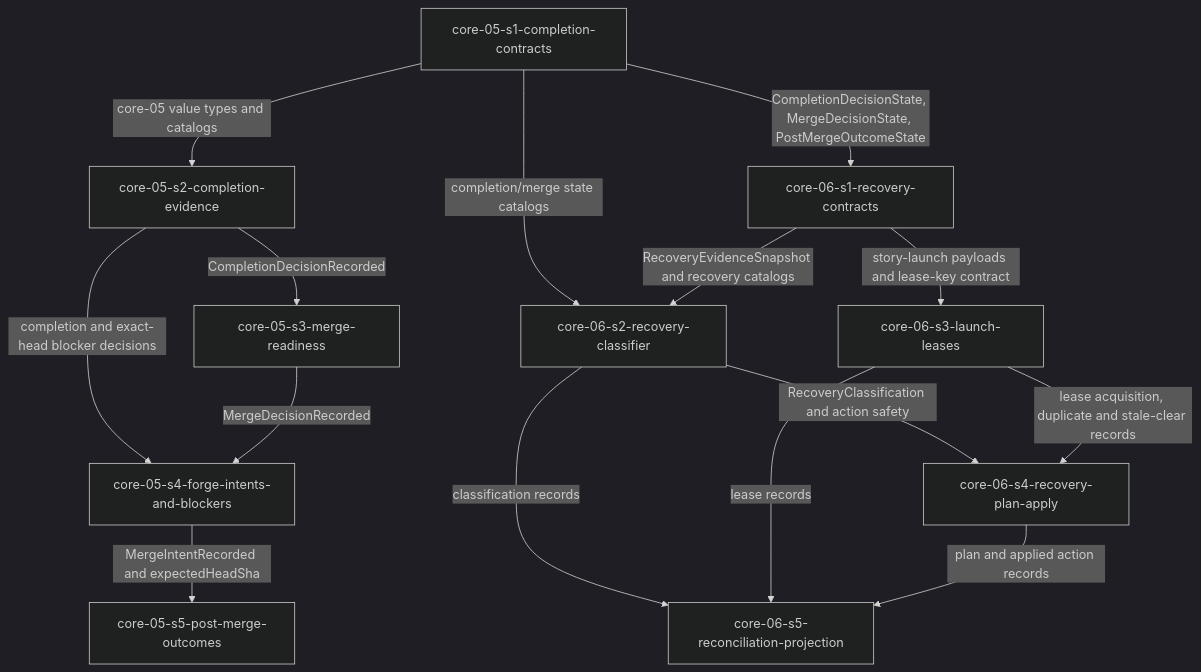
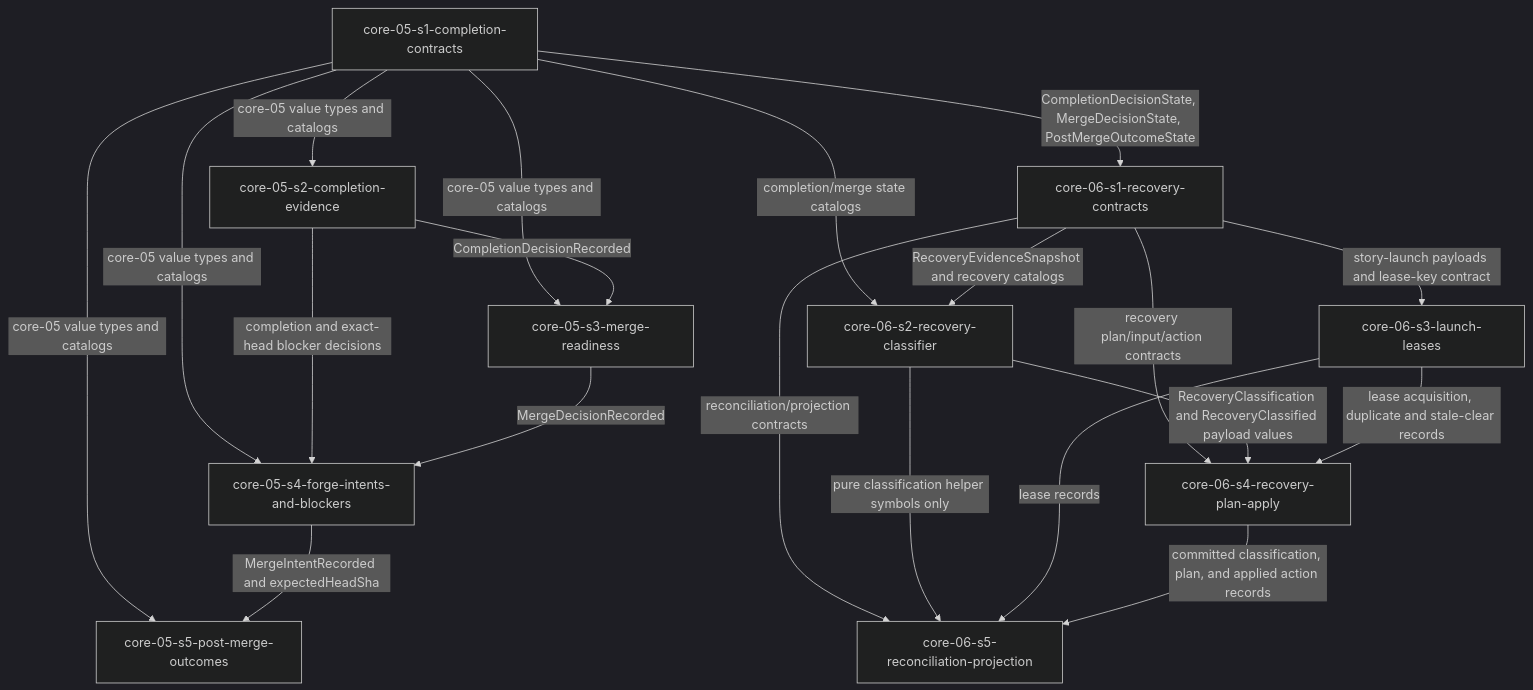
Before and after one commit to aryeko/agentic-workflow-kit: the diagram in docs/implementation/epics/epic-5-completion-verification-and-recovery/story-dag.md, drawn with Mermaid (dark theme). The commit also changed other lines of this file and 26 other files, not shown here.

````diff
--- a/docs/implementation/epics/epic-5-completion-verification-and-recovery/story-dag.md
+++ b/docs/implementation/epics/epic-5-completion-verification-and-recovery/story-dag.md
@@ -215,28 +294,33 @@
 ```mermaid
 flowchart TB
   C5S1["core-05-s1-completion-contracts"]
   C5S2["core-05-s2-completion-evidence"]
   C5S3["core-05-s3-merge-readiness"]
   C5S4["core-05-s4-forge-intents-and-blockers"]
   C5S5["core-05-s5-post-merge-outcomes"]
   C6S1["core-06-s1-recovery-contracts"]
   C6S2["core-06-s2-recovery-classifier"]
   C6S3["core-06-s3-launch-leases"]
   C6S4["core-06-s4-recovery-plan-apply"]
   C6S5["core-06-s5-reconciliation-projection"]
 
   C5S1 -->|"core-05 value types and catalogs"| C5S2
+  C5S1 -->|"core-05 value types and catalogs"| C5S3
+  C5S1 -->|"core-05 value types and catalogs"| C5S4
+  C5S1 -->|"core-05 value types and catalogs"| C5S5
   C5S1 -->|"CompletionDecisionState, MergeDecisionState, PostMergeOutcomeState"| C6S1
   C5S1 -->|"completion/merge state catalogs"| C6S2
   C5S2 -->|"CompletionDecisionRecorded"| C5S3
   C5S2 -->|"completion and exact-head blocker decisions"| C5S4
   C5S3 -->|"MergeDecisionRecorded"| C5S4
   C5S4 -->|"MergeIntentRecorded and expectedHeadSha"| C5S5
   C6S1 -->|"RecoveryEvidenceSnapshot and recovery catalogs"| C6S2
   C6S1 -->|"story-launch payloads and lease-key contract"| C6S3
-  C6S2 -->|"RecoveryClassification and action safety"| C6S4
+  C6S1 -->|"recovery plan/input/action contracts"| C6S4
+  C6S1 -->|"reconciliation/projection contracts"| C6S5
+  C6S2 -->|"RecoveryClassification and RecoveryClassified payload values"| C6S4
   C6S3 -->|"lease acquisition, duplicate and stale-clear records"| C6S4
-  C6S2 -->|"classification records"| C6S5
+  C6S2 -->|"pure classification helper symbols only"| C6S5
   C6S3 -->|"lease records"| C6S5
-  C6S4 -->|"plan and applied action records"| C6S5
+  C6S4 -->|"committed classification, plan, and applied action records"| C6S5
 ```
````
